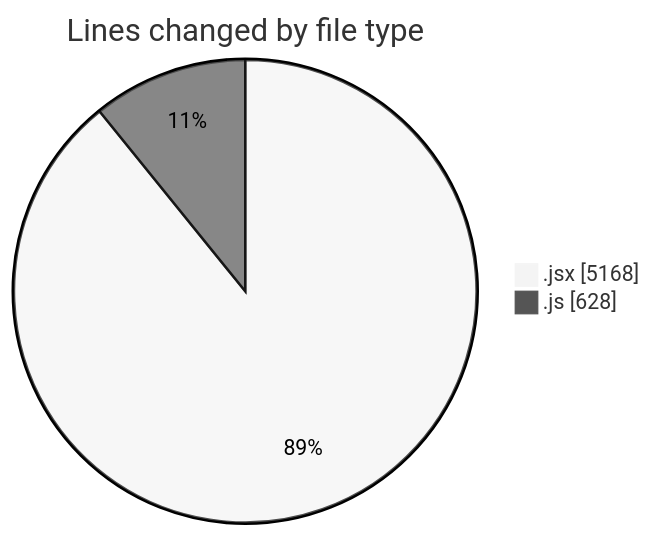
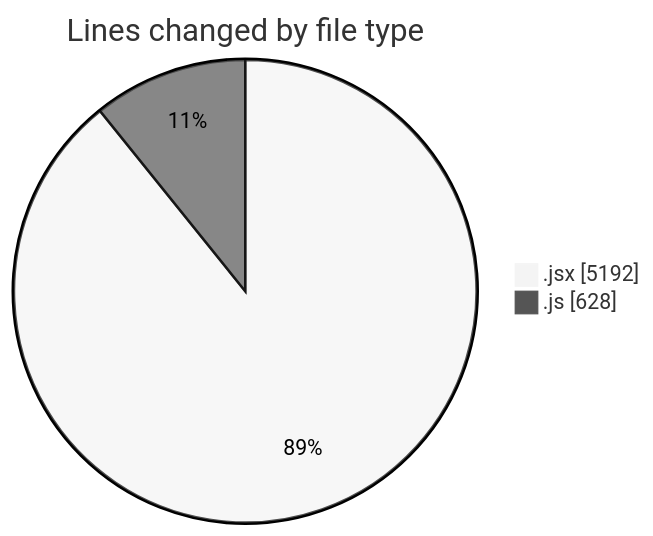
Before and after one commit to nxtqubesakshisongat/code-tracking: the first of 2 diagrams in 2025-09-25/nxtqube_webapp/README.md, drawn with Mermaid (neutral theme). The commit also changed other lines of this file and 1 other file, not shown here.

````diff
--- a/2025-09-25/nxtqube_webapp/README.md
+++ b/2025-09-25/nxtqube_webapp/README.md
@@ -22,6 +22,6 @@
 ```mermaid
 pie showData
 title Lines changed by file type
-".jsx" : 5168
+".jsx" : 5192
 ".js" : 628
 ```
````
